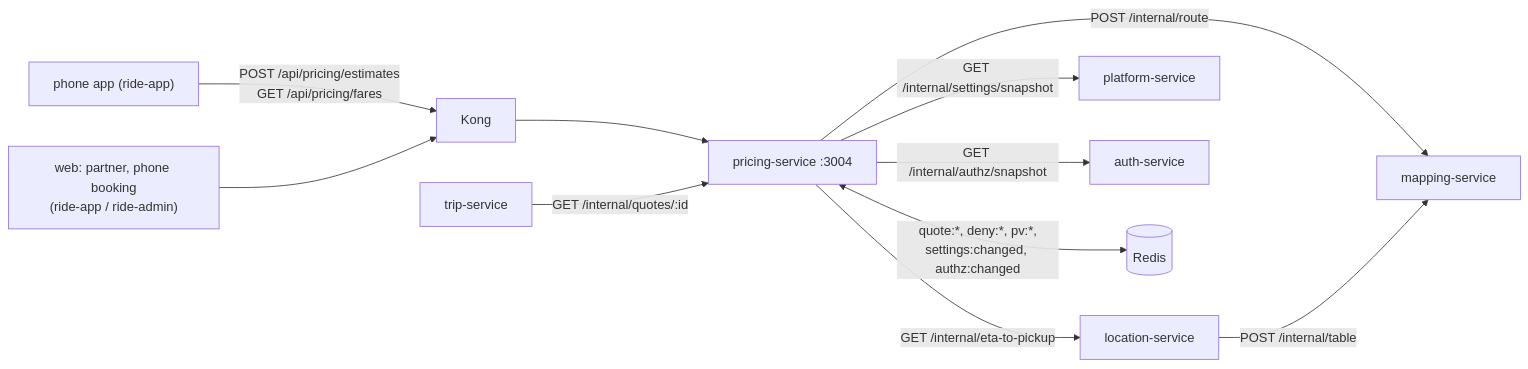
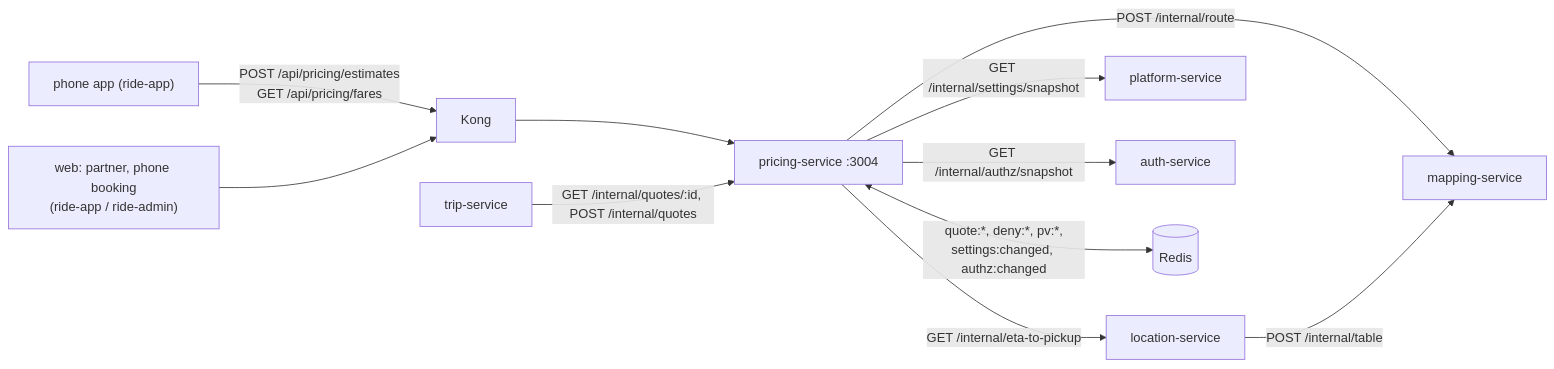
Before and after one commit to beab1212/Anbessa: the diagram in services/pricing-service/docs/README.md, drawn with Mermaid. The commit also changed 40 other files, not shown here.

Commit message:
pricing-service: add Postgres-backed fare rules with maker-checker fare changes, zones (service area, no pickup, airport, surge), promo codes with reservations and redemptions, an outbox for pricing events, and an internal quote endpoint for re-pricing scheduled rides.

````diff
--- a/services/pricing-service/docs/README.md
+++ b/services/pricing-service/docs/README.md
@@ -31,12 +31,12 @@
 ```mermaid
 flowchart LR
   Phone["phone app (ride-app)"] -->|"POST /api/pricing/estimates<br/>GET /api/pricing/fares"| K[Kong] --> PR[pricing-service :3004]
   Web["web: partner, phone booking<br/>(ride-app / ride-admin)"] --> K
   PR -->|"POST /internal/route"| MS[mapping-service]
   PR -->|"GET /internal/eta-to-pickup"| LS[location-service]
   LS -->|"POST /internal/table"| MS
   PR -->|"GET /internal/settings/snapshot"| PS[platform-service]
   PR -->|"GET /internal/authz/snapshot"| AS[auth-service]
   PR <-->|"quote:*, deny:*, pv:*,<br/>settings:changed, authz:changed"| R[(Redis)]
-  TS[trip-service] -->|"GET /internal/quotes/:id"| PR
+  TS[trip-service] -->|"GET /internal/quotes/:id, POST /internal/quotes"| PR
 ```
````
